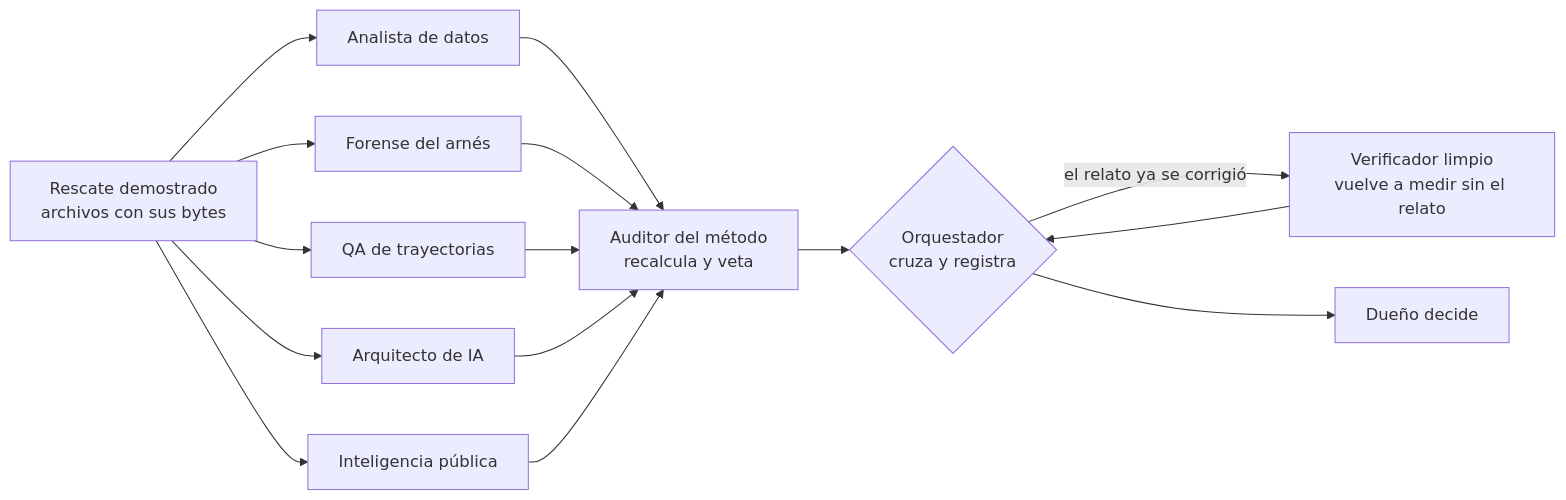
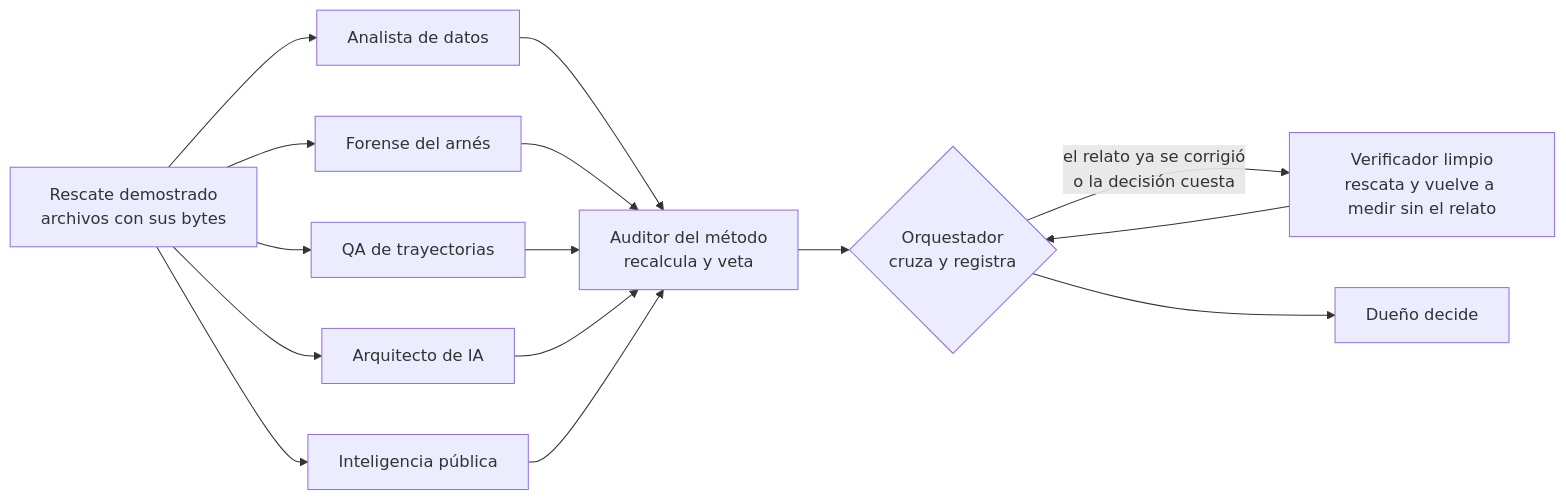
One commit to cherrera0001/Agents_Learning_Loops changed the second of 2 diagrams in docs/entorno/agentes.md. Above: the diagram before and after it, drawn with Mermaid. The commit also changed other lines of this file and 11 other files, not shown here.

````diff
--- a/docs/entorno/agentes.md
+++ b/docs/entorno/agentes.md
@@ -164,17 +166,17 @@
 ```mermaid
 flowchart LR
     R["Rescate demostrado<br/>archivos con sus bytes"] --> D["Analista de datos"]
     R --> F["Forense del arnés"]
     R --> Q["QA de trayectorias"]
     R --> A["Arquitecto de IA"]
     R --> P["Inteligencia pública"]
     D --> M["Auditor del método<br/>recalcula y veta"]
     F --> M
     Q --> M
     A --> M
     P --> M
     M --> O{"Orquestador<br/>cruza y registra"}
-    O -->|el relato ya se corrigió| V["Verificador limpio<br/>vuelve a medir sin el relato"]
+    O -->|el relato ya se corrigió<br/>o la decisión cuesta| V["Verificador limpio<br/>rescata y vuelve a medir sin el relato"]
     V --> O
     O --> U["Dueño decide"]
 ```
````
